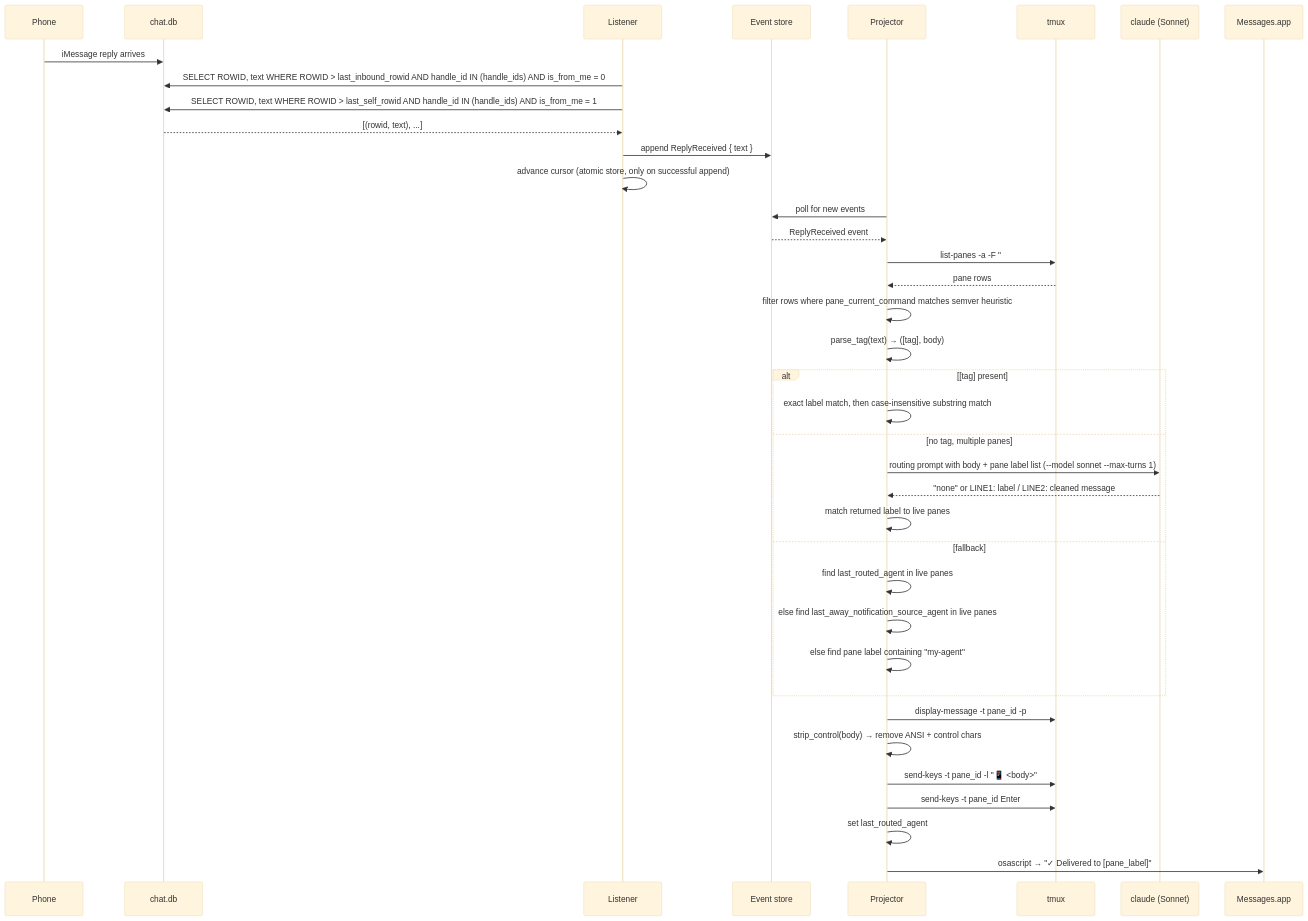
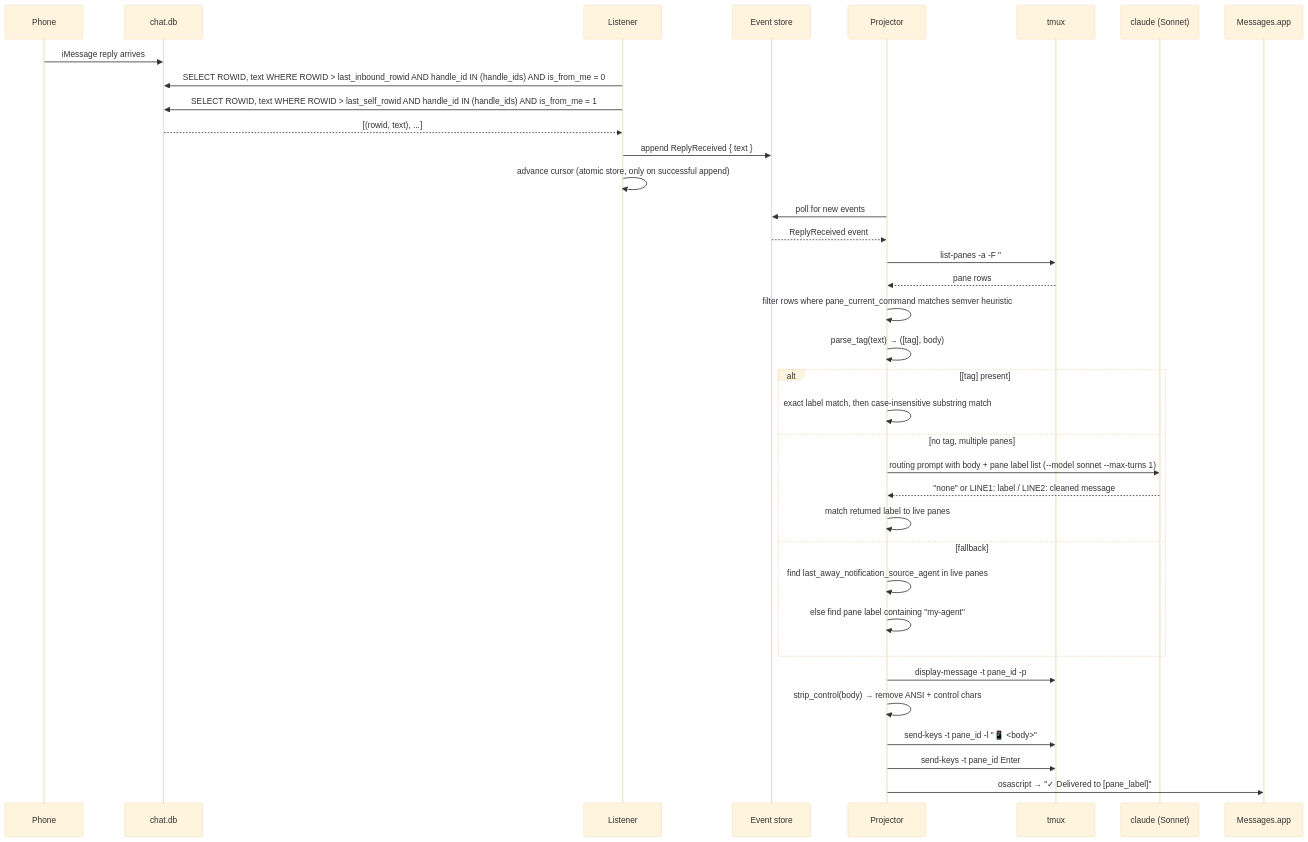
One commit to kahgeh/harold changed the diagram in docs/references/reply-routing/README.md. Above: the diagram before and after it, drawn with Mermaid (base theme). The commit also changed other lines of this file and 2 other files, not shown here.

Commit message:
refactor: remove last_routed_agent from reply routing fallback
Routing now falls back to last_away_notification_source_agent
directly after semantic resolve, removing stale stickiness where
a previous reply target overrode a more recent notification source.

````diff
--- a/docs/references/reply-routing/README.md
+++ b/docs/references/reply-routing/README.md
@@ -95,46 +93,44 @@
 ```mermaid
 sequenceDiagram
     participant Phone
     participant ChatDb as chat.db
     participant Listener
     participant Store as Event store
     participant Projector
     participant Tmux as tmux
     participant AiCli as claude (Sonnet)
     participant Messages as Messages.app
 
     Phone->>ChatDb: iMessage reply arrives
     Listener->>ChatDb: SELECT ROWID, text WHERE ROWID > last_inbound_rowid AND handle_id IN (handle_ids) AND is_from_me = 0
     Listener->>ChatDb: SELECT ROWID, text WHERE ROWID > last_self_rowid AND handle_id IN (handle_ids) AND is_from_me = 1
     ChatDb-->>Listener: [(rowid, text), ...]
     Listener->>Store: append ReplyReceived { text }
     Listener->>Listener: advance cursor (atomic store, only on successful append)
 
     Projector->>Store: poll for new events
     Store-->>Projector: ReplyReceived event
 
     Projector->>Tmux: list-panes -a -F "#{pane_id}|#{session_name}:#{window_index}.#{pane_index}|#{pane_current_command}"
     Tmux-->>Projector: pane rows
     Projector->>Projector: filter rows where pane_current_command matches semver heuristic
 
     Projector->>Projector: parse_tag(text) → ([tag], body)
 
     alt [tag] present
         Projector->>Projector: exact label match, then case-insensitive substring match
     else no tag, multiple panes
         Projector->>AiCli: routing prompt with body + pane label list (--model sonnet --max-turns 1)
         AiCli-->>Projector: "none" or LINE1: label / LINE2: cleaned message
         Projector->>Projector: match returned label to live panes
     else fallback
-        Projector->>Projector: find last_routed_agent in live panes
-        Projector->>Projector: else find last_away_notification_source_agent in live panes
+        Projector->>Projector: find last_away_notification_source_agent in live panes
         Projector->>Projector: else find pane label containing "my-agent"
     end
 
     Projector->>Tmux: display-message -t pane_id -p #{pane_current_command} → liveness check
     Projector->>Projector: strip_control(body) → remove ANSI + control chars
     Projector->>Tmux: send-keys -t pane_id -l "📱 <body>"
     Projector->>Tmux: send-keys -t pane_id Enter
-    Projector->>Projector: set last_routed_agent
     Projector->>Messages: osascript → "✓ Delivered to [pane_label]"
 ```
````
